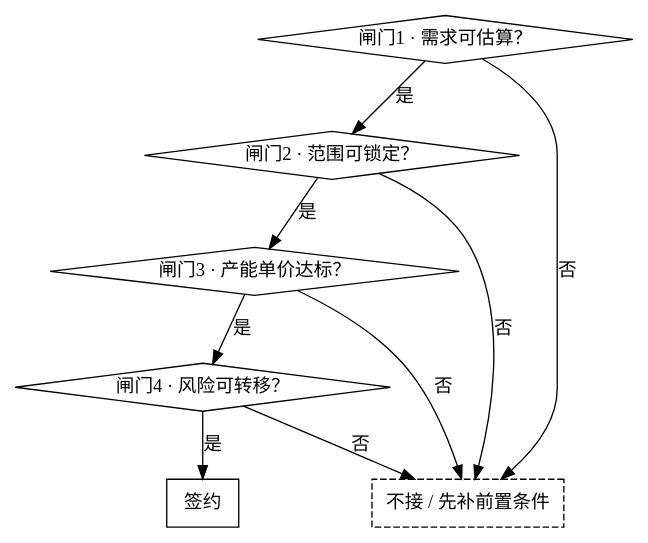
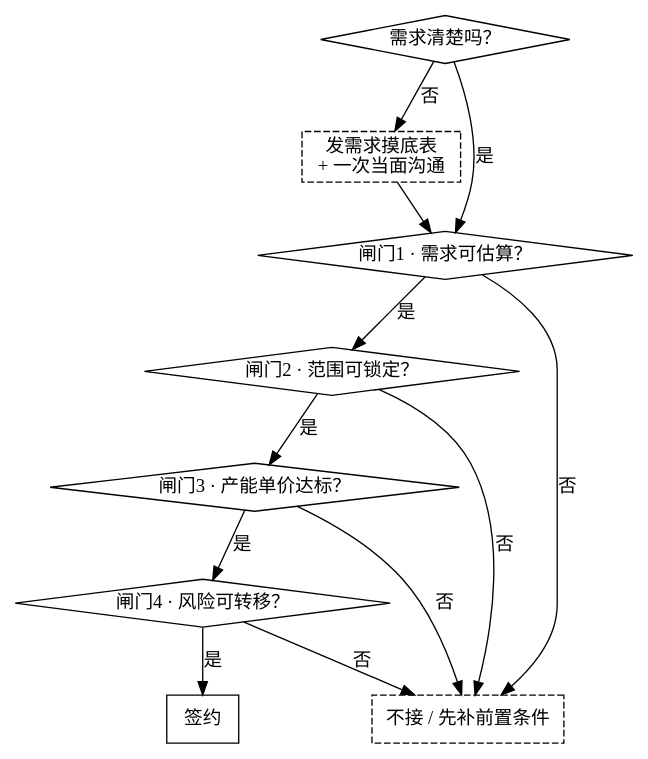
One commit to cruldra/ECC changed the diagram in skills/closing-custom-dev-deals/SKILL.md. Above: the diagram before and after it, drawn with Graphviz. The commit also changed other lines of this file and 21 other files, not shown here.

````diff
--- a/skills/closing-custom-dev-deals/SKILL.md
+++ b/skills/closing-custom-dev-deals/SKILL.md
@@ -47,15 +47,18 @@
 ```dot
 digraph gates {
   rankdir=TB; node [shape=box];
+  G0 [label="需求清楚吗？" shape=diamond];
+  INTAKE [label="发需求摸底表\n+ 一次当面沟通" shape=box style=dashed];
   G1 [label="闸门1 · 需求可估算？" shape=diamond];
   G2 [label="闸门2 · 范围可锁定？" shape=diamond];
   G3 [label="闸门3 · 产能单价达标？" shape=diamond];
   G4 [label="闸门4 · 风险可转移？" shape=diamond];
   OUT [label="不接 / 先补前置条件" style=dashed];
   SIGN [label="签约"];
+  G0 -> G1 [label="是"]; G0 -> INTAKE [label="否"]; INTAKE -> G1;
   G1 -> G2 [label="是"]; G1 -> OUT [label="否"];
   G2 -> G3 [label="是"]; G2 -> OUT [label="否"];
   G3 -> G4 [label="是"]; G3 -> OUT [label="否"];
   G4 -> SIGN [label="是"]; G4 -> OUT [label="否"];
 }
 ```
````
